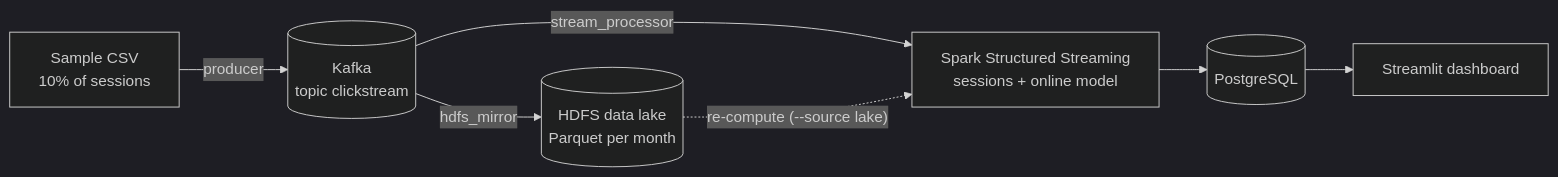
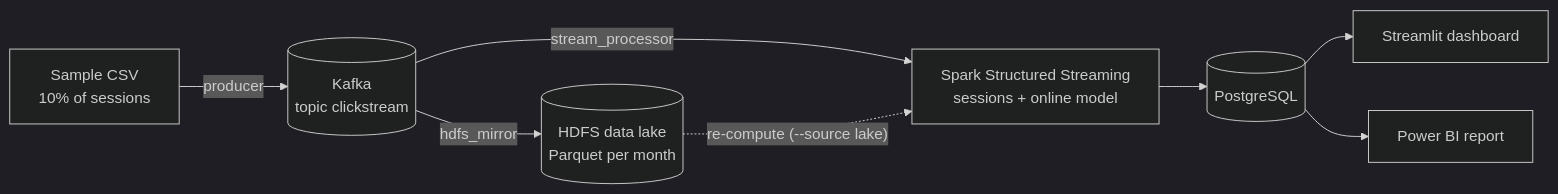
The diagram in README.md (yumnahayaaqilah/kappa-purchase-intent), drawn with Mermaid (dark theme) before and after one commit. The commit also changed other lines of this file and 7 other files, not shown here.

Commit message:
docs: add power bi report section

````diff
--- a/README.md
+++ b/README.md
@@ -15,9 +16,10 @@
 ```mermaid
 flowchart LR
     A["Sample CSV<br/>10% of sessions"] -->|producer| B[("Kafka<br/>topic clickstream")]
     B -->|hdfs_mirror| C[("HDFS data lake<br/>Parquet per month")]
     B -->|stream_processor| D["Spark Structured Streaming<br/>sessions + online model"]
     C -.->|"re-compute (--source lake)"| D
     D --> E[("PostgreSQL")]
     E --> F["Streamlit dashboard"]
+    E --> G["Power BI report"]
 ```
````
